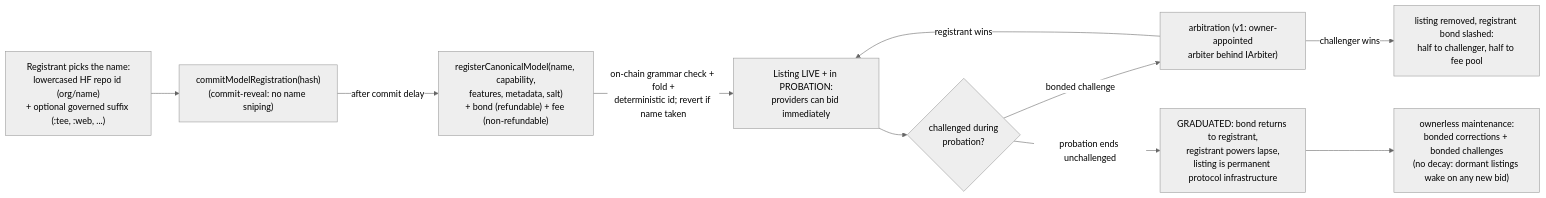
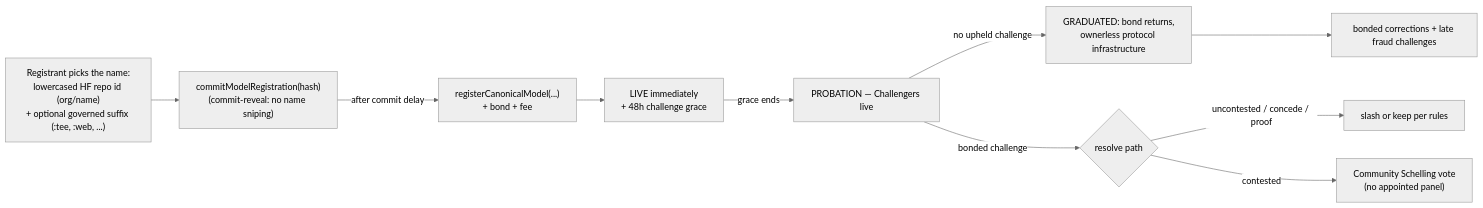
One commit to cowboycoderhq/Morpheus-Lumerin-Node changed the first of 18 diagrams in smart-contracts/docs/inference-contract-enhancements-rfp.md. Above: the diagram before and after it, drawn with Mermaid (neutral theme). The commit also changed other lines of this file and 6 other files, not shown here.

````diff
--- a/smart-contracts/docs/inference-contract-enhancements-rfp.md
+++ b/smart-contracts/docs/inference-contract-enhancements-rfp.md
@@ -188,12 +189,12 @@
 ```mermaid
 flowchart LR
   NAME["Registrant picks the name:<br/>lowercased HF repo id (org/name)<br/>+ optional governed suffix (:tee, :web, ...)"] --> COMMIT["commitModelRegistration(hash)<br/>(commit-reveal: no name sniping)"]
-  COMMIT -->|"after commit delay"| REG["registerCanonicalModel(name, capability,<br/>features, metadata, salt)<br/>+ bond (refundable) + fee (non-refundable)"]
-  REG -->|"on-chain grammar check + fold +<br/>deterministic id; revert if name taken"| LIVE["Listing LIVE + in PROBATION:<br/>providers can bid immediately"]
-  LIVE --> CHAL{"challenged during<br/>probation?"}
-  CHAL -->|"bonded challenge"| ARB["arbitration (v1: owner-appointed<br/>arbiter behind IArbiter)"]
-  ARB -->|"registrant wins"| LIVE
-  ARB -->|"challenger wins"| SLASH["listing removed, registrant bond slashed:<br/>half to challenger, half to fee pool"]
-  CHAL -->|"probation ends unchallenged"| GRAD["GRADUATED: bond returns to registrant,<br/>registrant powers lapse,<br/>listing is permanent protocol infrastructure"]
-  GRAD --> MAINT["ownerless maintenance:<br/>bonded corrections + bonded challenges<br/>(no decay: dormant listings wake on any new bid)"]
+  COMMIT -->|"after commit delay"| REG["registerCanonicalModel(...)<br/>+ bond + fee"]
+  REG --> LIVE["LIVE immediately<br/>+ 48h challenge grace"]
+  LIVE -->|"grace ends"| PROB["PROBATION — Challengers live"]
+  PROB -->|"no upheld challenge"| GRAD["GRADUATED: bond returns,<br/>ownerless protocol infrastructure"]
+  PROB -->|"bonded challenge"| RES{"resolve path"}
+  RES -->|"uncontested / concede / proof"| OUT["slash or keep per rules"]
+  RES -->|"contested"| COM["Community Schelling vote<br/>(no appointed panel)"]
+  GRAD --> MAINT["bonded corrections + late fraud challenges"]
 ```
````
